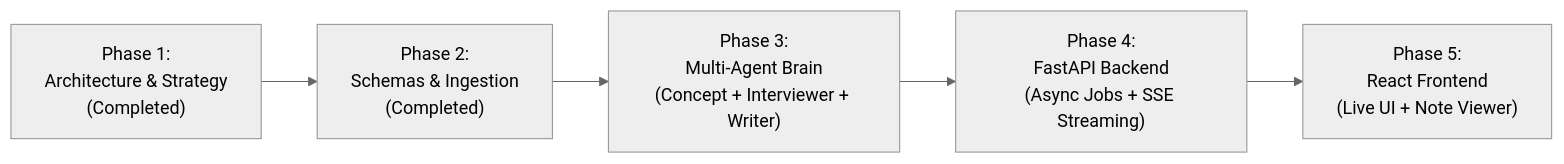
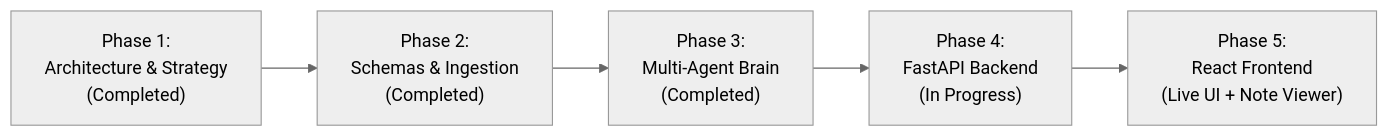
Before and after one commit to dhruv-gautam-dev/noteloom: the diagram in docs/PROJECT_STATUS.md, drawn with Mermaid (neutral theme). The commit also changed other lines of this file and 10 other files, not shown here.

Commit message:
Connecting Google Gemini and building the Concept Extractor, Staff Interviewer, and Critic Agents

````diff
--- a/docs/PROJECT_STATUS.md
+++ b/docs/PROJECT_STATUS.md
@@ -24,7 +27,7 @@
 ```mermaid
 flowchart LR
     P1["Phase 1:\nArchitecture & Strategy\n(Completed)"] --> P2["Phase 2:\nSchemas & Ingestion\n(Completed)"]
-    P2 --> P3["Phase 3:\nMulti-Agent Brain\n(Concept + Interviewer + Writer)"]
-    P3 --> P4["Phase 4:\nFastAPI Backend\n(Async Jobs + SSE Streaming)"]
+    P2 --> P3["Phase 3:\nMulti-Agent Brain\n(Completed)"]
+    P3 --> P4["Phase 4:\nFastAPI Backend\n(In Progress)"]
     P4 --> P5["Phase 5:\nReact Frontend\n(Live UI + Note Viewer)"]
 ```
````
